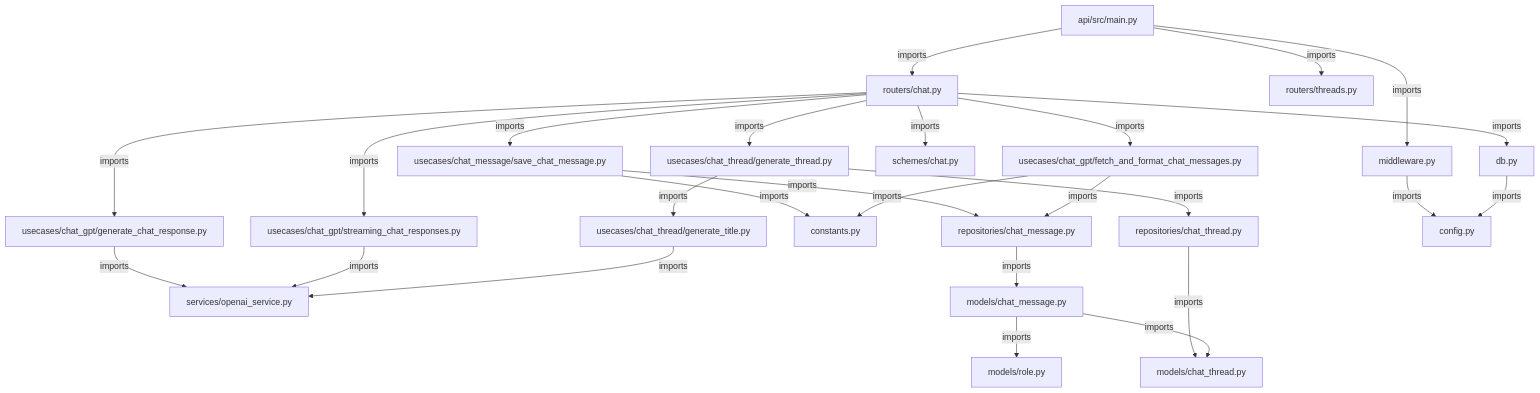
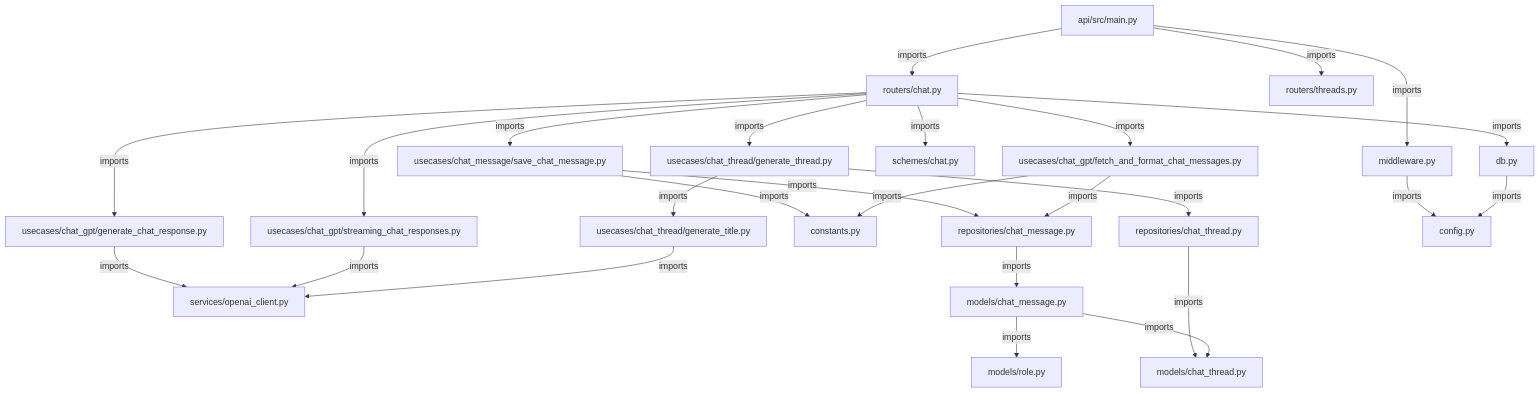
The diagram in documents/file_relation.md (nakajima97/llm-chat-app-server), drawn with Mermaid before and after one commit. The commit also changed 24 other files, not shown here.

````diff
--- a/documents/file_relation.md
+++ b/documents/file_relation.md
@@ -1,41 +1,41 @@
 ```mermaid
 graph TB
     %% Main entry points
     main[api/src/main.py] -->|imports| routers/chat.py
     main[api/src/main.py] -->|imports| routers/threads.py
     main[api/src/main.py] -->|imports| middleware.py
 
     %% Routers
     routers/chat.py -->|imports| usecases/chat_gpt/generate_chat_response.py
     routers/chat.py -->|imports| usecases/chat_gpt/streaming_chat_responses.py
     routers/chat.py -->|imports| usecases/chat_message/save_chat_message.py
     routers/chat.py -->|imports| usecases/chat_thread/generate_thread.py
     routers/chat.py -->|imports| usecases/chat_gpt/fetch_and_format_chat_messages.py
     routers/chat.py -->|imports| schemes/chat.py
     routers/chat.py -->|imports| db.py
 
     %% Usecases
-    usecases/chat_gpt/generate_chat_response.py -->|imports| services/openai_service.py
-    usecases/chat_gpt/streaming_chat_responses.py -->|imports| services/openai_service.py
+    usecases/chat_gpt/generate_chat_response.py -->|imports| services/openai_client.py
+    usecases/chat_gpt/streaming_chat_responses.py -->|imports| services/openai_client.py
     usecases/chat_message/save_chat_message.py -->|imports| repositories/chat_message.py
     usecases/chat_message/save_chat_message.py -->|imports| constants.py
     usecases/chat_thread/generate_thread.py -->|imports| repositories/chat_thread.py
     usecases/chat_thread/generate_thread.py -->|imports| usecases/chat_thread/generate_title.py
-    usecases/chat_thread/generate_title.py -->|imports| services/openai_service.py
+    usecases/chat_thread/generate_title.py -->|imports| services/openai_client.py
     usecases/chat_gpt/fetch_and_format_chat_messages.py -->|imports| repositories/chat_message.py
     usecases/chat_gpt/fetch_and_format_chat_messages.py -->|imports| constants.py
 
     %% Repositories
     repositories/chat_thread.py -->|imports| models/chat_thread.py
     repositories/chat_message.py -->|imports| models/chat_message.py
 
     %% Models
     models/chat_message.py -->|imports| models/role.py
     models/chat_message.py -->|imports| models/chat_thread.py
 
     %% Middleware
     middleware.py -->|imports| config.py
 
     %% Database
     db.py -->|imports| config.py
 ```
````
